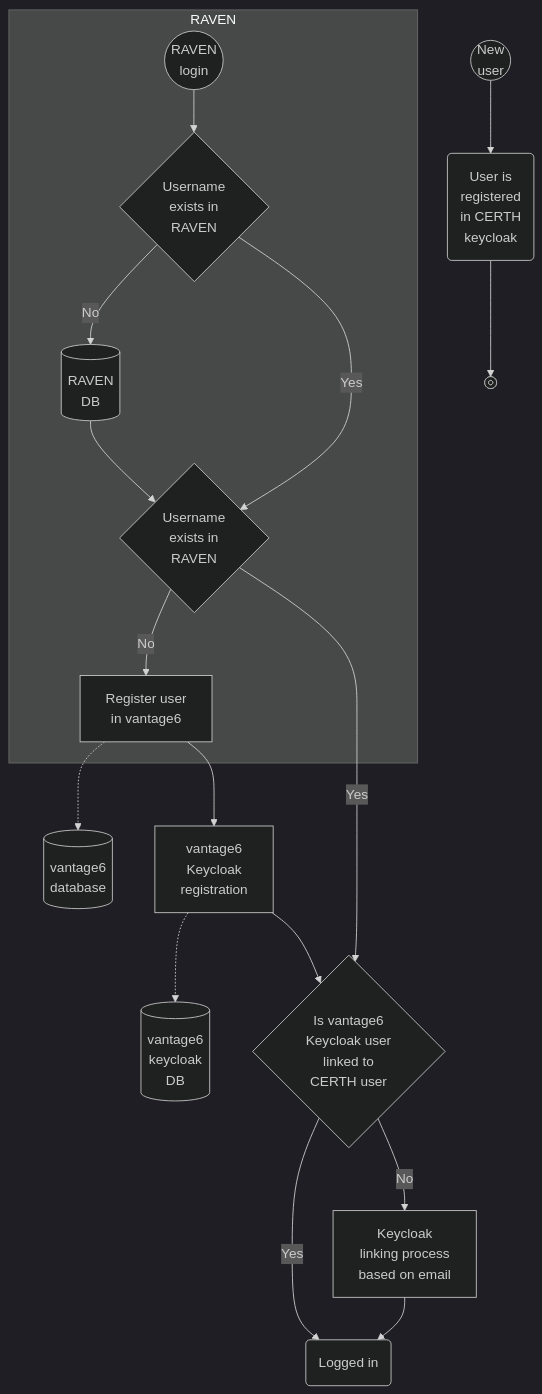
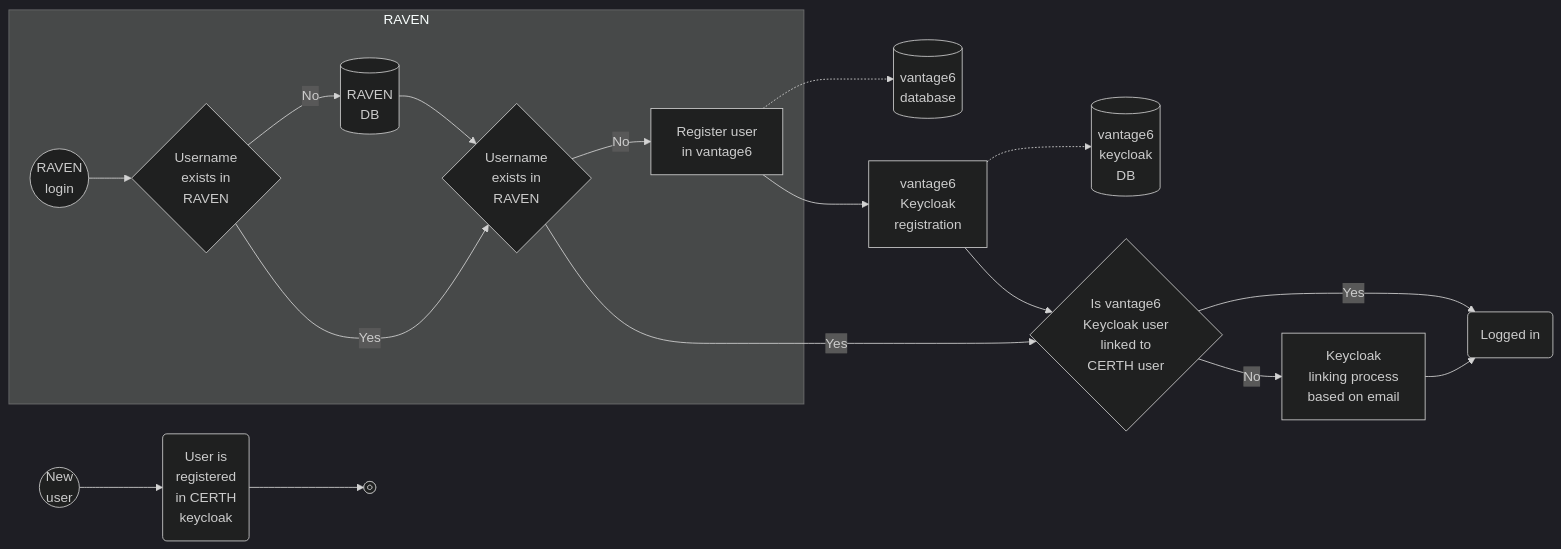
Before and after one commit to IKNL/idea4rc-vantage6-algorithms: the third of 3 diagrams in deliverables/README.md, drawn with Mermaid (dark theme).

Commit message:
Rotated authentication graph

````diff
--- a/deliverables/README.md
+++ b/deliverables/README.md
@@ -109,47 +109,47 @@
 ```mermaid
 
-flowchart TB
+flowchart LR
 
 new_user@{shape: circle, label: "New\nuser"}
 register@{shape: rounded, label: "User is\nregistered\nin CERTH\nkeycloak"}
 stop@{ shape: framed-circle, label: "Stop" }
 
 new_user --> register
 register --> stop
 
 login@{shape: circle, label: "RAVEN\nlogin"}
 exists_raven_q@{shape: diam, label: "Username\nexists in\nRAVEN"}
 raven_db@{shape: cyl, label: "RAVEN\nDB"}
 exists_v6_q@{shape: diam, label: "Username\nexists in\nRAVEN"}
 register_v6@{label: "Register user\nin vantage6"}
 v6_db@{shape: cyl, label: "vantage6\ndatabase"}
 v6_kc_registration@{label: "vantage6\nKeycloak\nregistration"}
 v6_kc_db@{shape: cyl, label: "vantage6\nkeycloak\nDB"}
 is_linked@{shape: diam, label: "Is vantage6\nKeycloak user\nlinked to\nCERTH user"}
 kc_linking@{label: "Keycloak\nlinking process\nbased on email"}
 logged_in@{shape: rounded, label: "Logged in"}
 
 subgraph RAVEN
     login
     exists_raven_q
     raven_db
     register_v6
     exists_v6_q
 end
 
 login --> exists_raven_q
 exists_raven_q -- "No" --> raven_db
 raven_db --> exists_v6_q
 exists_raven_q -- "Yes" --> exists_v6_q
 exists_v6_q -- "No" --> register_v6
 register_v6 -.-> v6_db
 
 register_v6 --> v6_kc_registration
 v6_kc_registration -.-> v6_kc_db
 v6_kc_registration --> is_linked
 
 exists_v6_q -- "Yes" --> is_linked
 is_linked -- "No" --> kc_linking
 is_linked -- "Yes" --> logged_in
 kc_linking --> logged_in
 ```
````
